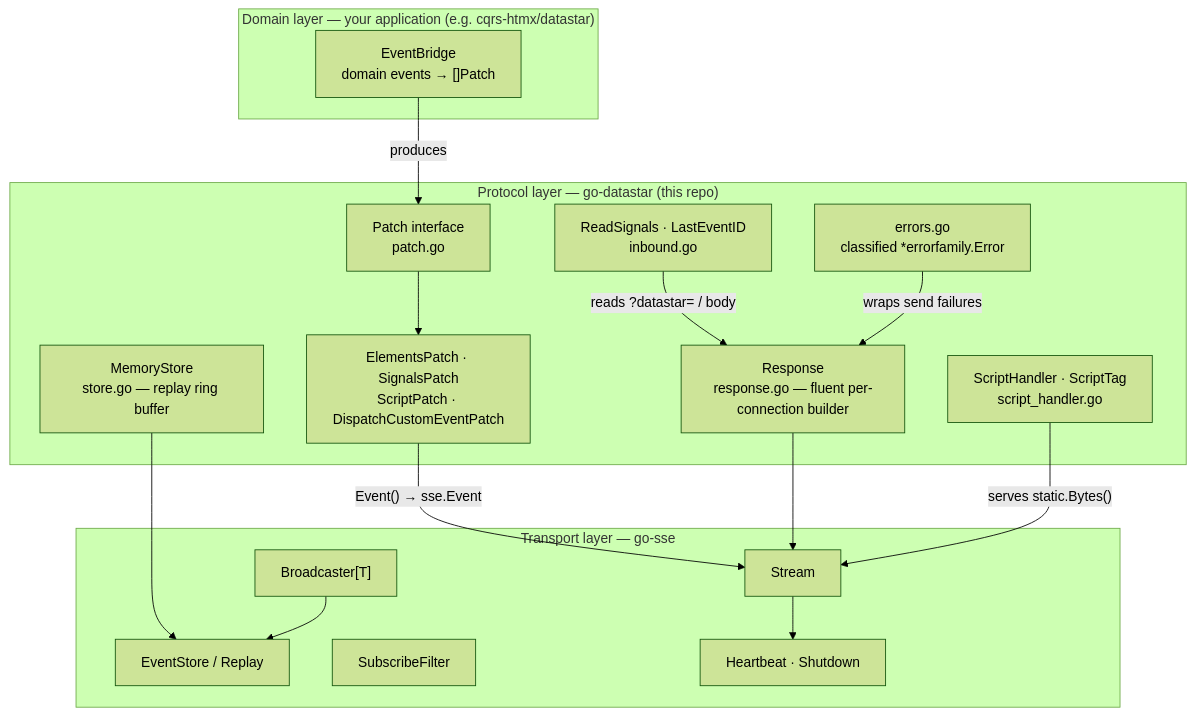
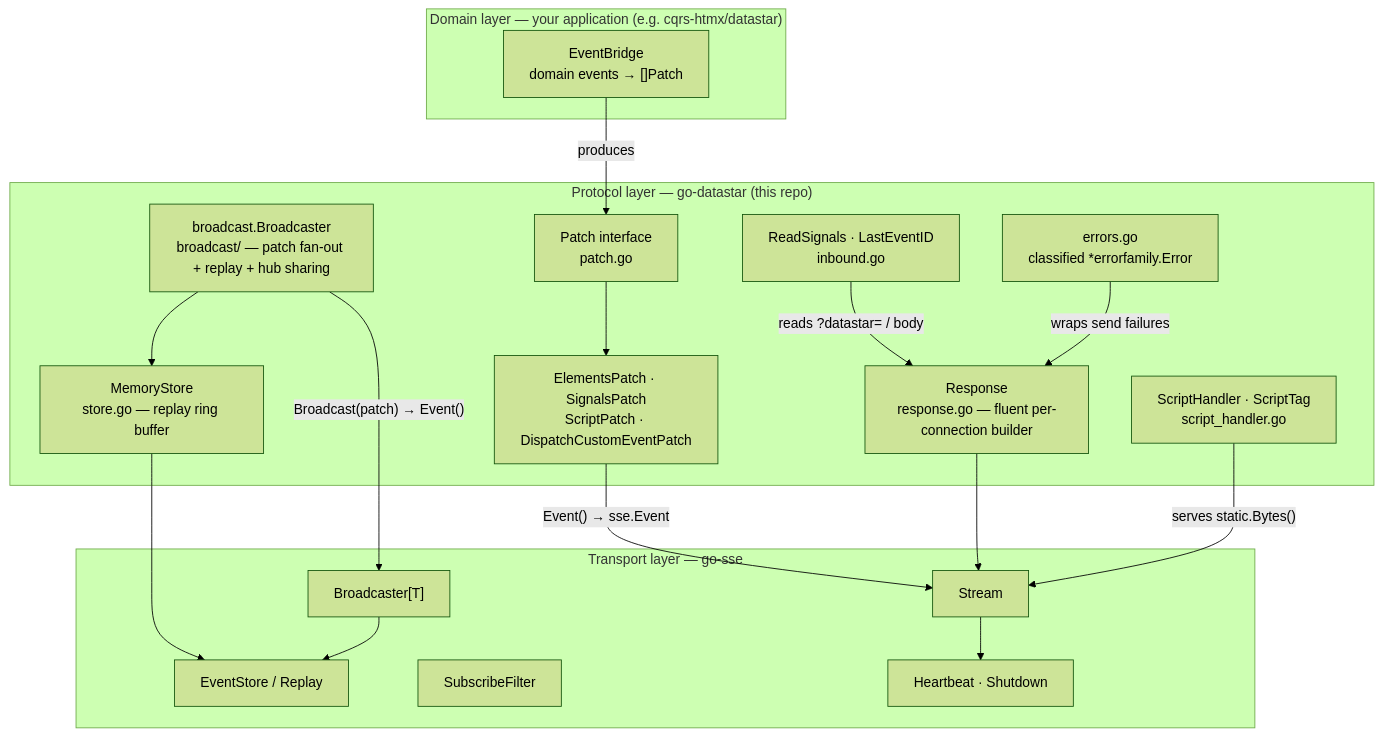
One commit to LarsArtmann/go-datastar changed the diagram in docs/architecture.md. Above: the diagram before and after it, drawn with Mermaid (forest theme). The commit also changed other lines of this file and 1 other file, not shown here.

````diff
--- a/docs/architecture.md
+++ b/docs/architecture.md
@@ -7,35 +7,38 @@
 ```mermaid
 graph TD
     subgraph Domain["Domain layer — your application (e.g. cqrs-htmx/datastar)"]
         EB["EventBridge<br/>domain events → []Patch"]
     end
 
     subgraph Protocol["Protocol layer — go-datastar (this repo)"]
         P["Patch interface<br/>patch.go"]
         EP["ElementsPatch · SignalsPatch<br/>ScriptPatch · DispatchCustomEventPatch"]
         R["Response<br/>response.go — fluent per-connection builder"]
         IN["ReadSignals · LastEventID<br/>inbound.go"]
         SH["ScriptHandler · ScriptTag<br/>script_handler.go"]
         ST["MemoryStore<br/>store.go — replay ring buffer"]
         E["errors.go<br/>classified *errorfamily.Error"]
+        BR["broadcast.Broadcaster<br/>broadcast/ — patch fan-out + replay + hub sharing"]
     end
 
     subgraph Transport["Transport layer — go-sse"]
         S["Stream"]
         B["Broadcaster[T]"]
         ES["EventStore / Replay"]
         F["SubscribeFilter"]
         H["Heartbeat · Shutdown"]
     end
 
     EB -->|"produces"| P
     P --> EP
     EP -->|"Event() → sse.Event"| S
     R --> S
     ST --> ES
     B --> ES
+    BR -->|"Broadcast(patch) → Event()"| B
+    BR --> ST
     S --> H
     IN -->|"reads ?datastar= / body"| R
     SH -->|"serves static.Bytes()"| S
     E -->|"wraps send failures"| R
 ```
````
